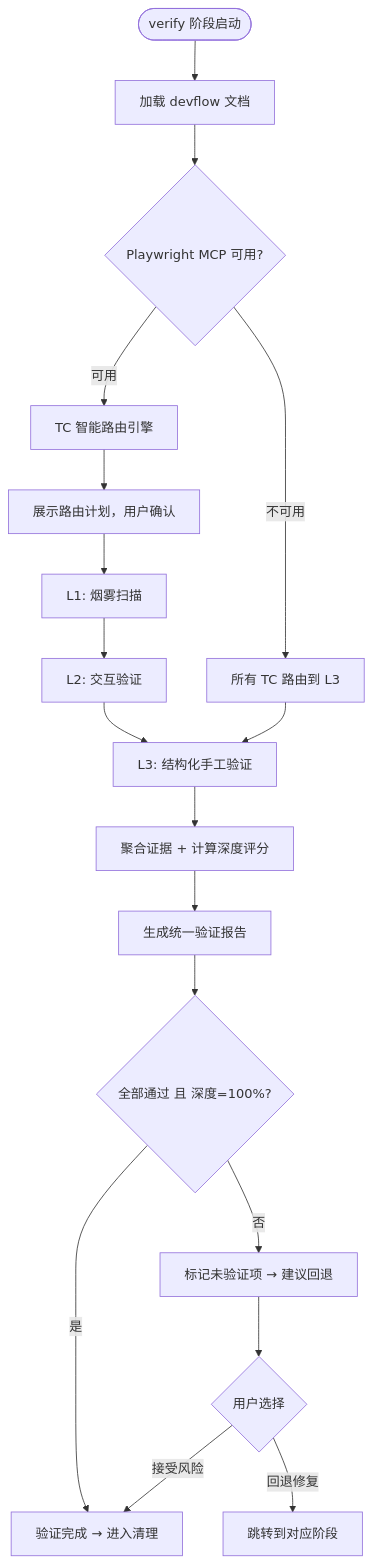
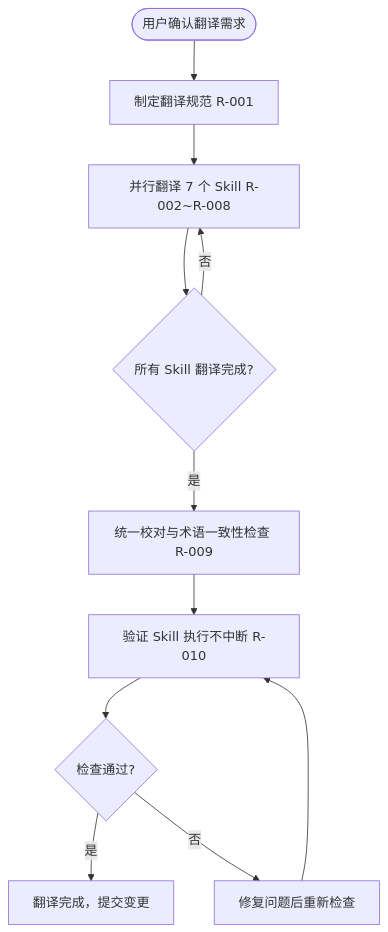
Before and after one commit to NumberTheEleven/devflow: the diagram in devflow/design.md, drawn with Mermaid. The commit also changed other lines of this file and 11 other files, not shown here.

````diff
--- a/devflow/design.md
+++ b/devflow/design.md
@@ -9,20 +9,13 @@
 ```mermaid
 flowchart TD
-    A([verify 阶段启动]) --> B[加载 devflow 文档]
-    B --> C{Playwright MCP 可用?}
-    C -->|可用| D[TC 智能路由引擎]
-    C -->|不可用| E[所有 TC 路由到 L3]
-    D --> F[展示路由计划，用户确认]
-    F --> G[L1: 烟雾扫描]
-    G --> H[L2: 交互验证]
-    H --> I[L3: 结构化手工验证]
-    E --> I
-    I --> J[聚合证据 + 计算深度评分]
-    J --> K[生成统一验证报告]
-    K --> L{全部通过 且 深度=100%?}
-    L -->|是| M[验证完成 → 进入清理]
-    L -->|否| N[标记未验证项 → 建议回退]
-    N --> O{用户选择}
-    O -->|回退修复| P[跳转到对应阶段]
-    O -->|接受风险| M
+    A([用户确认翻译需求]) --> B[制定翻译规范 R-001]
+    B --> C[并行翻译 7 个 Skill R-002~R-008]
+    C --> D{所有 Skill 翻译完成?}
+    D -->|否| C
+    D -->|是| E[统一校对与术语一致性检查 R-009]
+    E --> F[验证 Skill 执行不中断 R-010]
+    F --> G{检查通过?}
+    G -->|是| H[翻译完成，提交变更]
+    G -->|否| I[修复问题后重新检查]
+    I --> F
 ```
````
